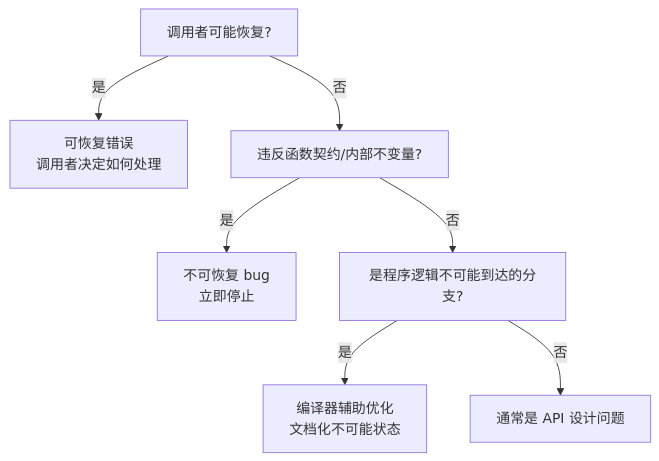
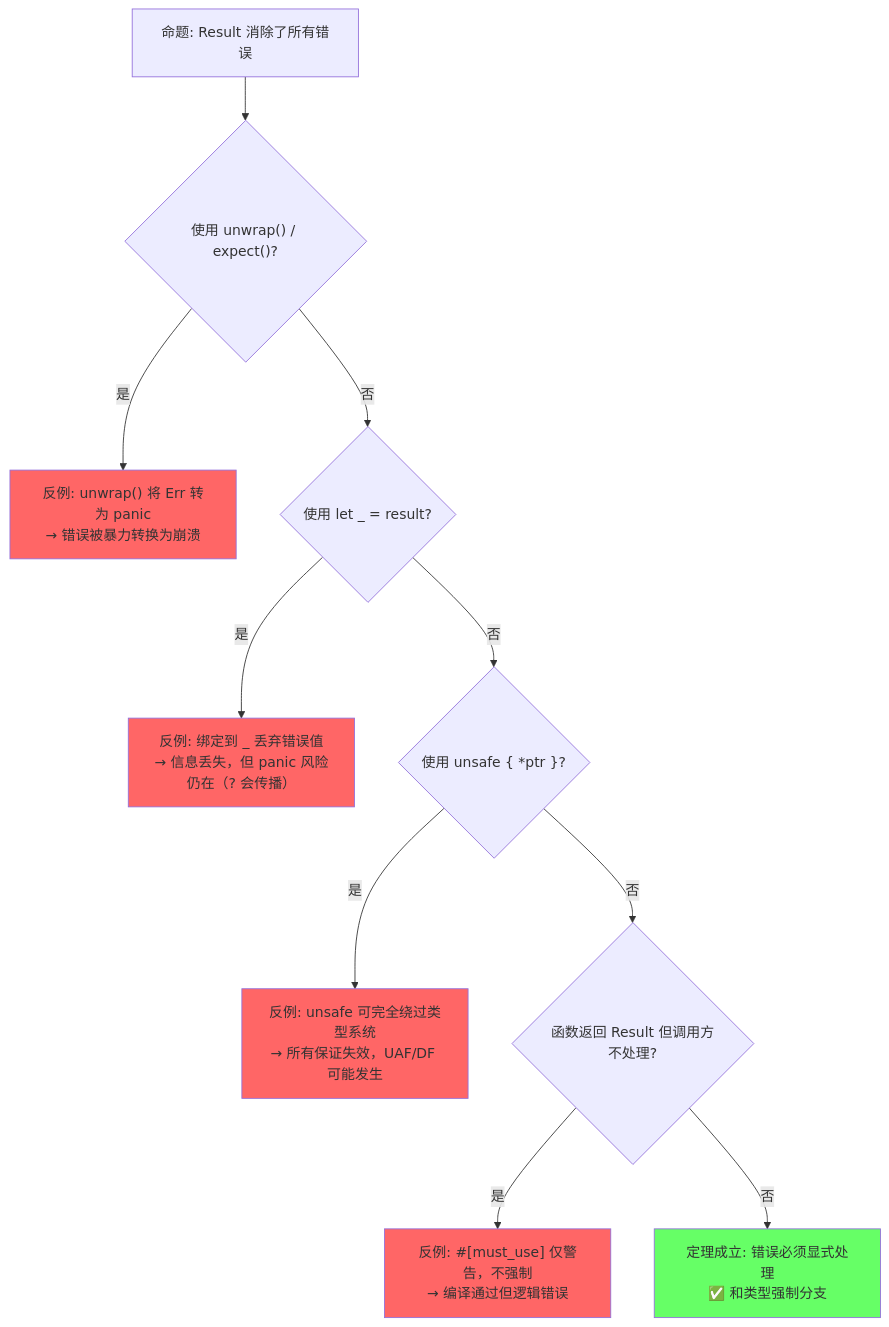
The second of 5 diagrams in concept/02_intermediate/04_error_handling.md (martin-ly/rust-lang), drawn with Mermaid before and after one commit. The commit also changed other lines of this file and 3 other files, not shown here.

````diff
--- a/concept/02_intermediate/04_error_handling.md
+++ b/concept/02_intermediate/04_error_handling.md
@@ -164,14 +367,18 @@
 ```mermaid
 graph TD
-    Q1[调用者可能恢复?] -->|是| A1[使用 Result<T, E>]
-    Q1 -->|否| Q2[违反函数契约/内部不变量?]
-    Q2 -->|是| A2[使用 panic! / assert!]
-    Q2 -->|否| Q3[是程序逻辑不可能到达的分支?]
-    Q3 -->|是| A3[使用 unreachable!]
-    Q3 -->|否| A4[重新设计: 这是可恢复错误]
+    P["命题: Result 消除了所有错误"] --> Q1{"使用 unwrap() / expect()?"}
+    Q1 -->|是| F1["反例: unwrap() 将 Err 转为 panic<br/>→ 错误被暴力转换为崩溃"]
+    Q1 -->|否| Q2{"使用 let _ = result?"}
+    Q2 -->|是| F2["反例: 绑定到 _ 丢弃错误值<br/>→ 信息丢失，但 panic 风险仍在（? 会传播）"]
+    Q2 -->|否| Q3{"使用 unsafe { *ptr }?"}
+    Q3 -->|是| F3["反例: unsafe 可完全绕过类型系统<br/>→ 所有保证失效，UAF/DF 可能发生"]
+    Q3 -->|否| Q4{"函数返回 Result 但调用方不处理?"}
+    Q4 -->|是| F4["反例: #[must_use] 仅警告，不强制<br/>→ 编译通过但逻辑错误"]
+    Q4 -->|否| T1["定理成立: 错误必须显式处理<br/>✅ 和类型强制分支"]
 
-    A1[可恢复错误<br/>调用者决定如何处理]
-    A2[不可恢复 bug<br/>立即停止]
-    A3[编译器辅助优化<br/>文档化不可能状态]
-    A4[通常是 API 设计问题]
+    style F1 fill:#f66
+    style F2 fill:#f66
+    style F3 fill:#f66
+    style F4 fill:#f66
+    style T1 fill:#6f6
 ```
````
